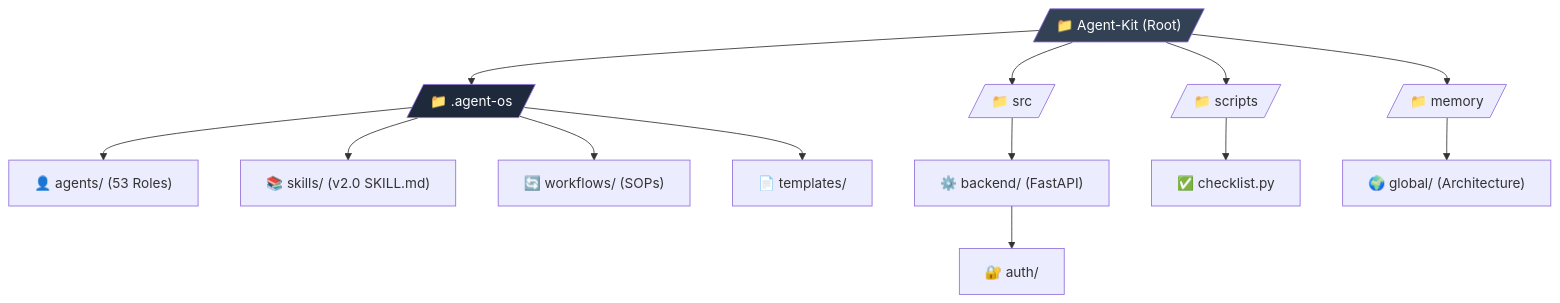
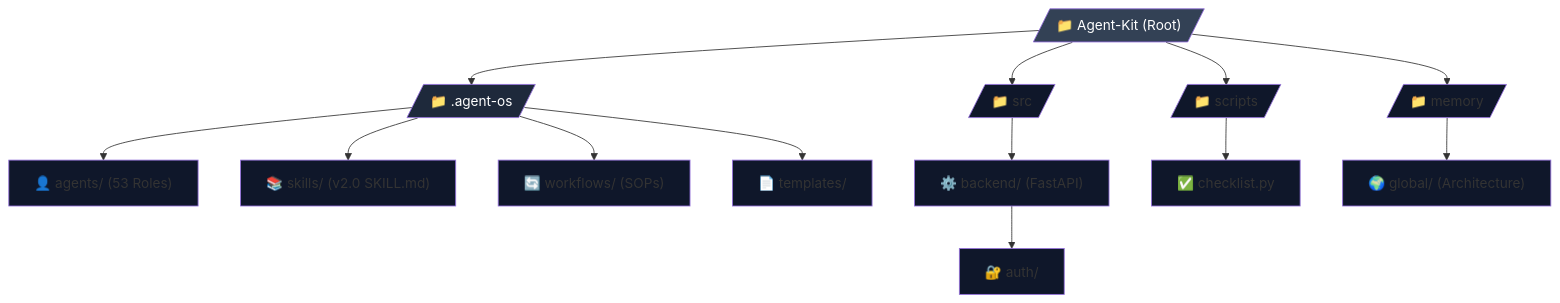
The second of 10 diagrams in README.md (Ab-aswini/Agent-kit-P1), drawn with Mermaid before and after one commit. The commit also changed other lines of this file and 2 other files, not shown here.

Commit message:
feat: finalized NPX distribution logic and synced Mermaid themes to auto

````diff
--- a/README.md
+++ b/README.md
@@ -119,23 +118,23 @@
 ```mermaid
-%%{init: {'theme': 'auto', 'themeVariables': { 'auto' }}}%%
+%%{init: {'theme': 'auto', 'themeVariables': { 'mainBkg': '#0f172a' }}}%%
 graph TD
   Root[/"📁 Agent-Kit (Root)"/]
   Root --> OS[/"📁 .agent-os"/]
   Root --> SRC[/"📁 src"/]
   Root --> SCRIPTS[/"📁 scripts"/]
   Root --> MEM[/"📁 memory"/]
 
   OS --> AGENTS["👤 agents/ (53 Roles)"]
   OS --> SKILLS["📚 skills/ (v2.0 SKILL.md)"]
   OS --> WF["🔄 workflows/ (SOPs)"]
   OS --> TEMP["📄 templates/"]
 
   SRC --> BE["⚙️ backend/ (FastAPI)"]
   BE --> AUTH["🔐 auth/"]
   
   SCRIPTS --> CHK["✅ checklist.py"]
   MEM --> GLOB["🌍 global/ (Architecture)"]
 
   style Root fill:#334155,color:#fff
   style OS fill:#1e293b,color:#fff
 ```
````
